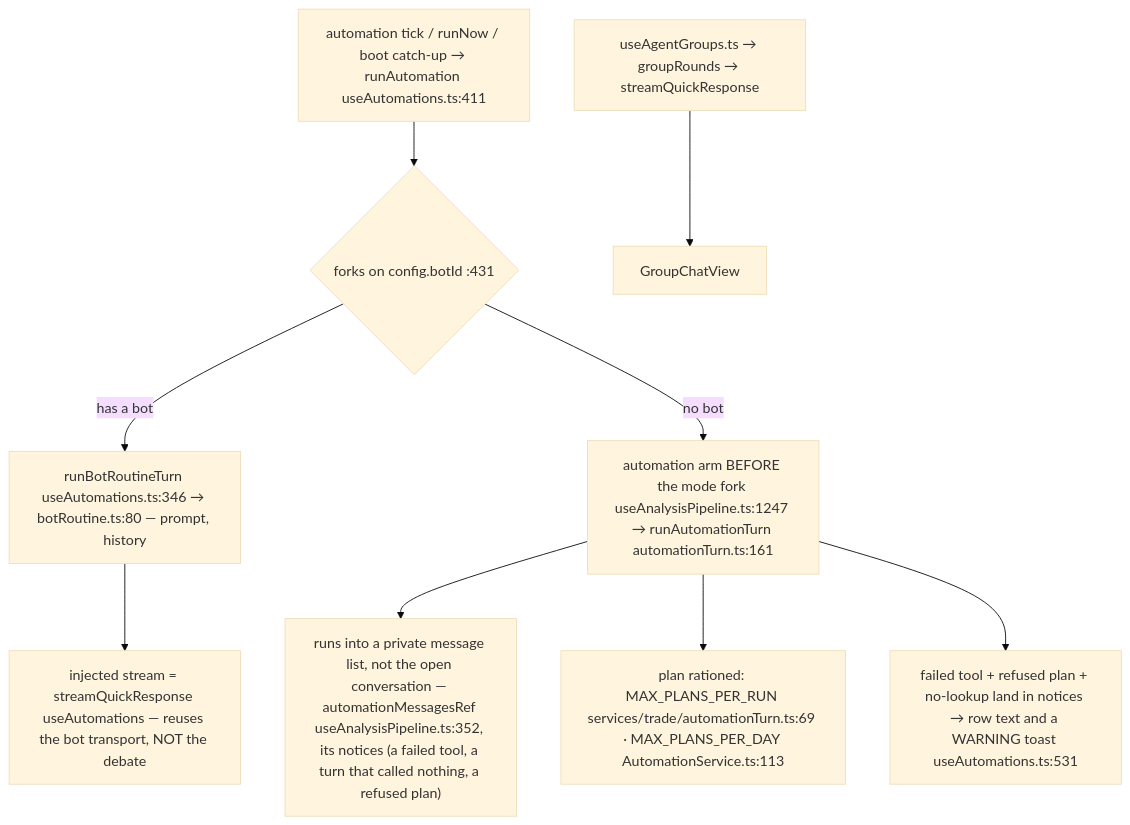
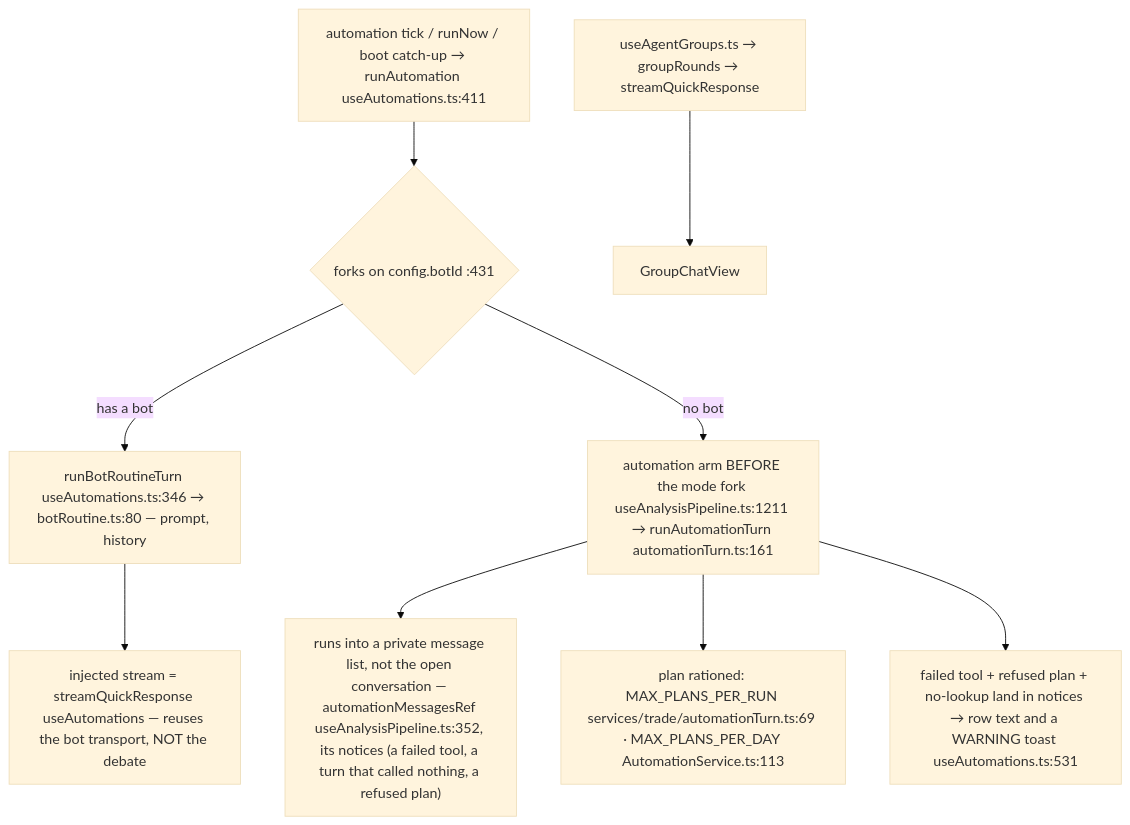
Before and after one commit to Acepay25/august-3.5: the fifth of 7 diagrams in docs/app-flow.md, drawn with Mermaid (base theme). The commit also changed other lines of this file and 6 other files, not shown here.

````diff
--- a/docs/app-flow.md
+++ b/docs/app-flow.md
@@ -300,11 +301,11 @@
 ```mermaid
 flowchart TD
     TK["automation tick / runNow / boot catch-up → runAutomation useAutomations.ts:411"] --> D{"forks on config.botId :431"}
     D -->|has a bot| BR["runBotRoutineTurn useAutomations.ts:346 → botRoutine.ts:80 — prompt, history"]
     BR --> ST["injected stream = streamQuickResponse useAutomations — reuses the bot transport, NOT the debate"]
-    D -->|no bot| AT["automation arm BEFORE the mode fork useAnalysisPipeline.ts:1247 → runAutomationTurn automationTurn.ts:161"]
+    D -->|no bot| AT["automation arm BEFORE the mode fork useAnalysisPipeline.ts:1211 → runAutomationTurn automationTurn.ts:161"]
     AT --> PRIV["runs into a private message list, not the open conversation — automationMessagesRef useAnalysisPipeline.ts:352, its notices (a failed tool, a turn that called nothing, a refused plan)"]
     AT --> CAP["plan rationed: MAX_PLANS_PER_RUN services/trade/automationTurn.ts:69 · MAX_PLANS_PER_DAY AutomationService.ts:113"]
     AT --> FAIL["failed tool + refused plan + no-lookup land in notices → row text and a WARNING toast useAutomations.ts:531"]
     GR["useAgentGroups.ts → groupRounds → streamQuickResponse"] --> GV["GroupChatView"]
 ```
````
